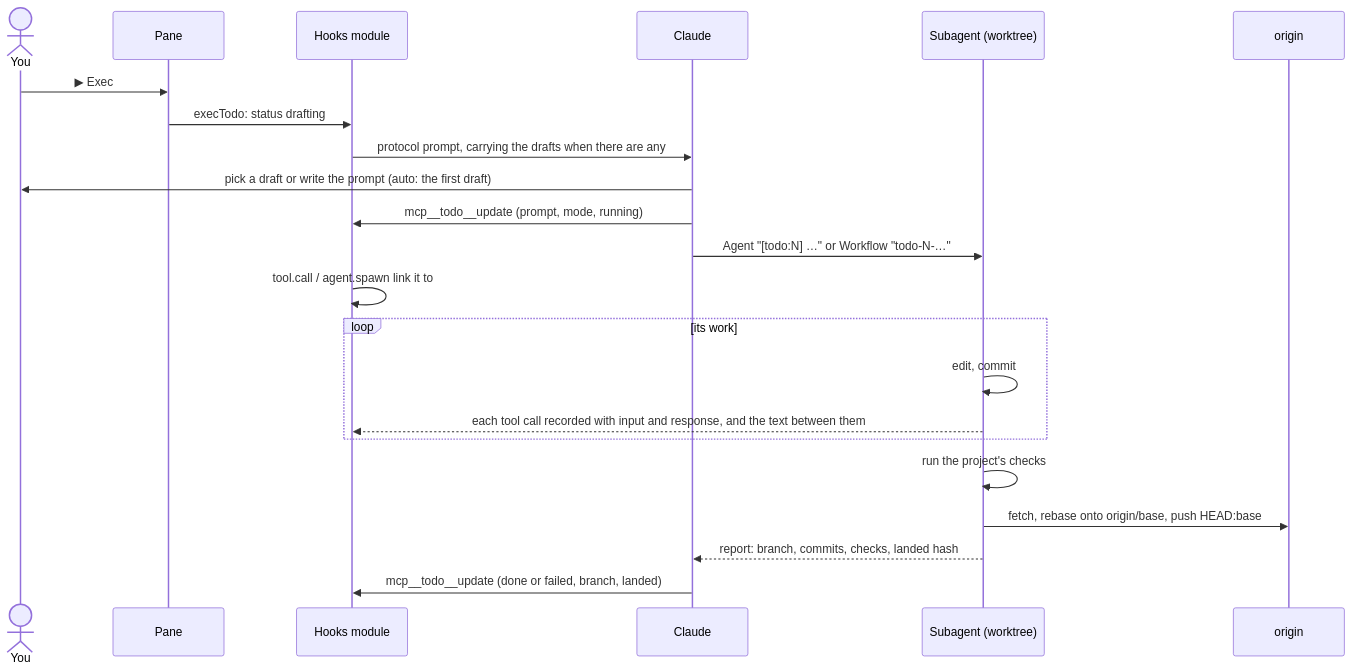
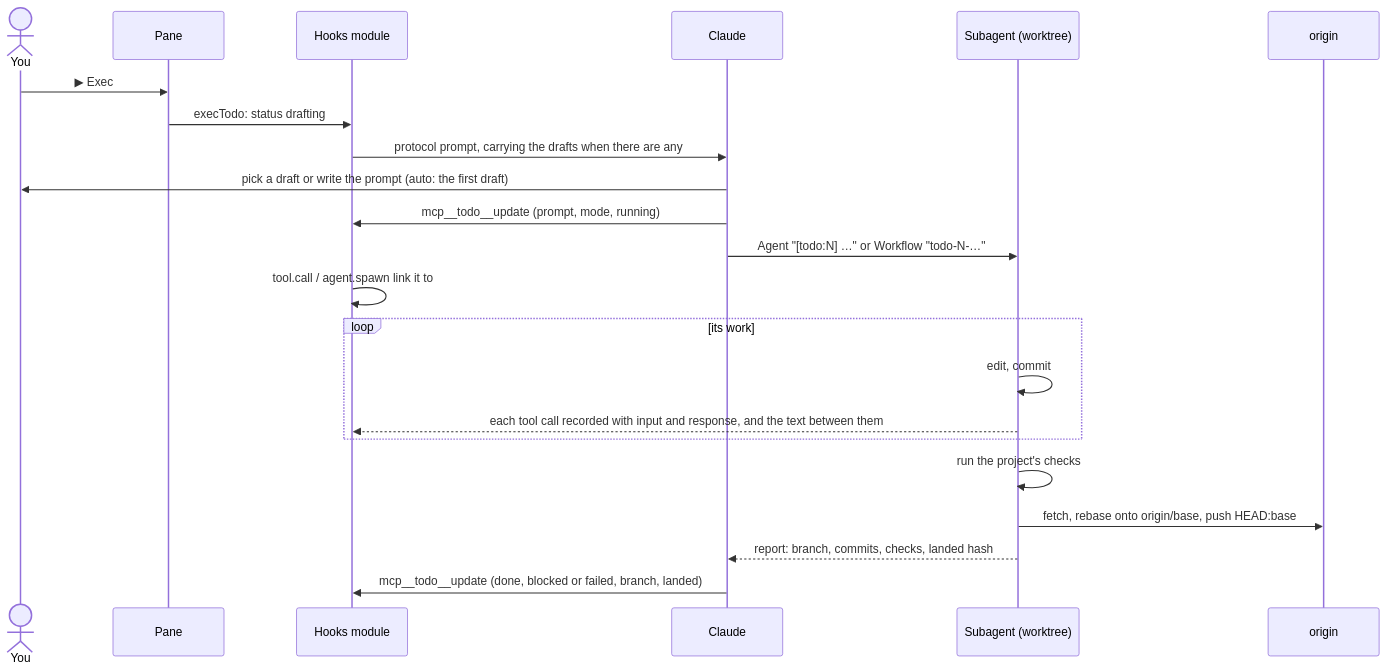
One commit to declanshanaghy/claude-todo changed the fifth of 7 diagrams in docs/architecture.md. Above: the diagram before and after it, drawn with Mermaid. The commit also changed other lines of this file and 15 other files, not shown here.

````diff
--- a/docs/architecture.md
+++ b/docs/architecture.md
@@ -187,24 +195,24 @@
 ```mermaid
 sequenceDiagram
   actor U as You
   participant P as Pane
   participant H as Hooks module
   participant M as Claude
   participant W as Subagent (worktree)
   participant O as origin
   U->>P: ▶ Exec
   P->>H: execTodo: status drafting
   H->>M: protocol prompt, carrying the drafts when there are any
   M->>U: pick a draft or write the prompt (auto: the first draft)
   M->>H: mcp__todo__update (prompt, mode, running)
   M->>W: Agent "[todo:N] …" or Workflow "todo-N-…"
   H->>H: tool.call / agent.spawn link it to #N
   loop its work
     W->>W: edit, commit
     W-->>H: each tool call recorded with input and response, and the text between them
   end
   W->>W: run the project's checks
   W->>O: fetch, rebase onto origin/base, push HEAD:base
   W-->>M: report: branch, commits, checks, landed hash
-  M->>H: mcp__todo__update (done or failed, branch, landed)
+  M->>H: mcp__todo__update (done, blocked or failed, branch, landed)
 ```
````
